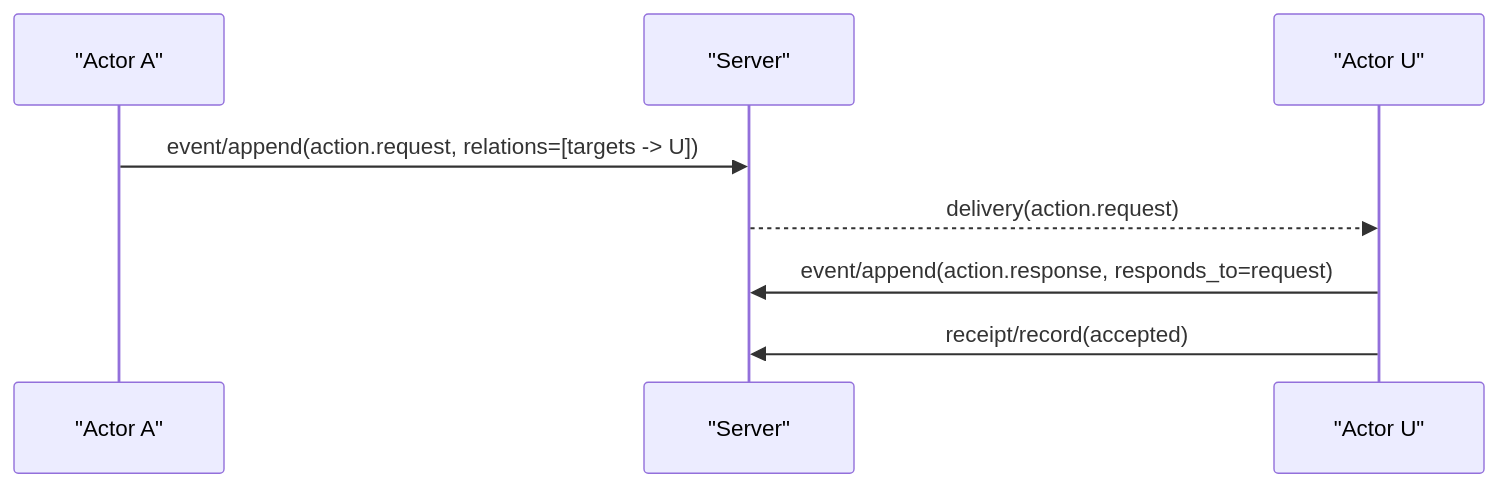
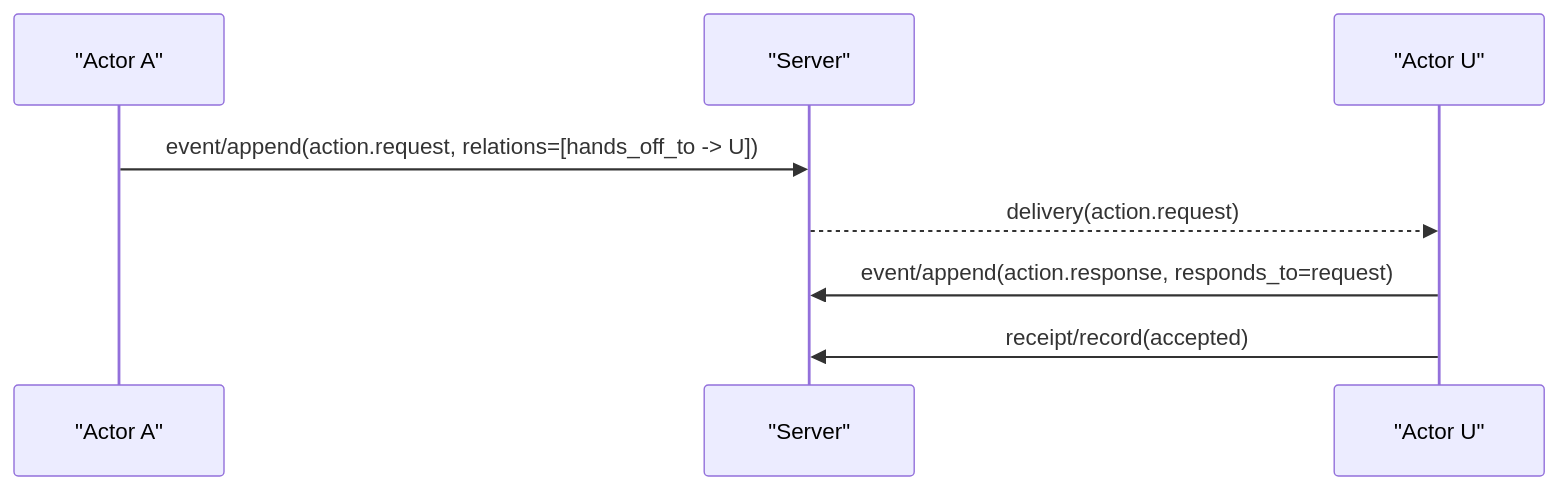
One commit to wyw-ai/loom changed the fourth of 5 diagrams in docs/protocol/open-multi-actor-collaboration-protocol-v0.md. Above: the diagram before and after it, drawn with Mermaid. The commit also changed other lines of this file and 17 other files, not shown here.

````diff
--- a/docs/protocol/open-multi-actor-collaboration-protocol-v0.md
+++ b/docs/protocol/open-multi-actor-collaboration-protocol-v0.md
@@ -520,11 +504,11 @@
 ```mermaid
 sequenceDiagram
   participant A as "Actor A"
   participant S as "Server"
   participant U as "Actor U"
 
-  A->>S: event/append(action.request, relations=[targets -> U])
+  A->>S: event/append(action.request, relations=[hands_off_to -> U])
   S-->>U: delivery(action.request)
   U->>S: event/append(action.response, responds_to=request)
   U->>S: receipt/record(accepted)
 ```
````
